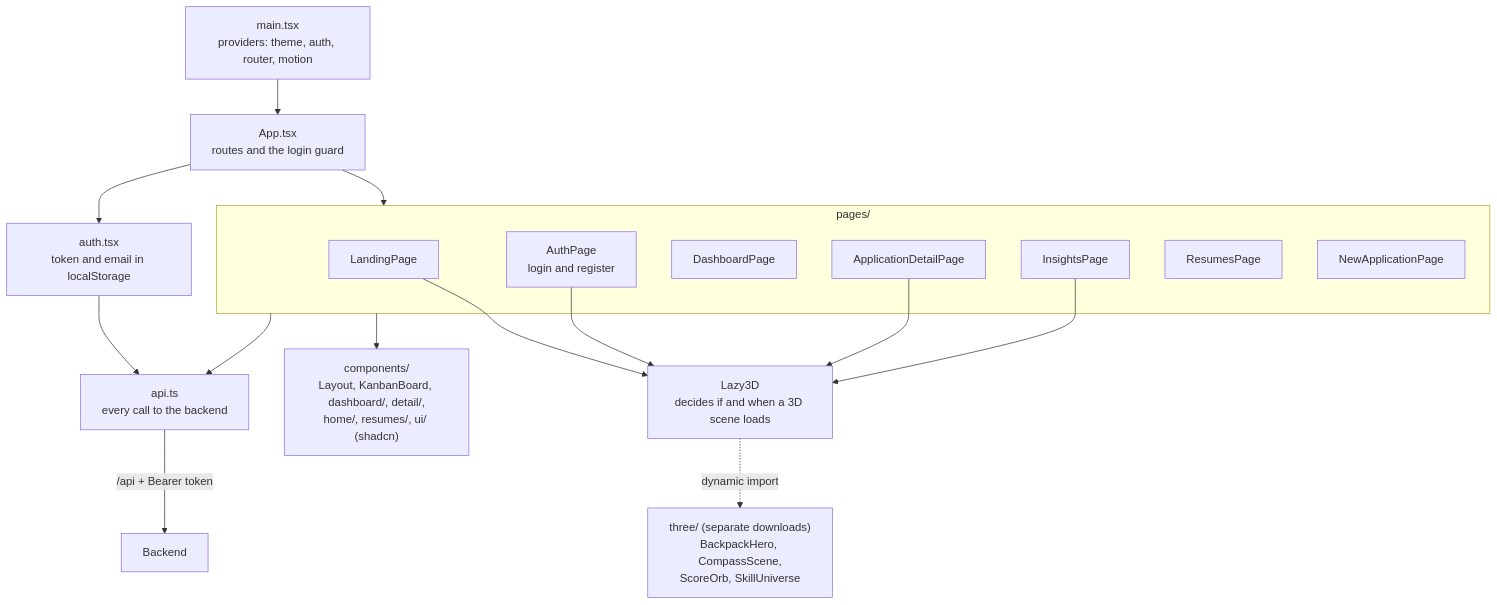
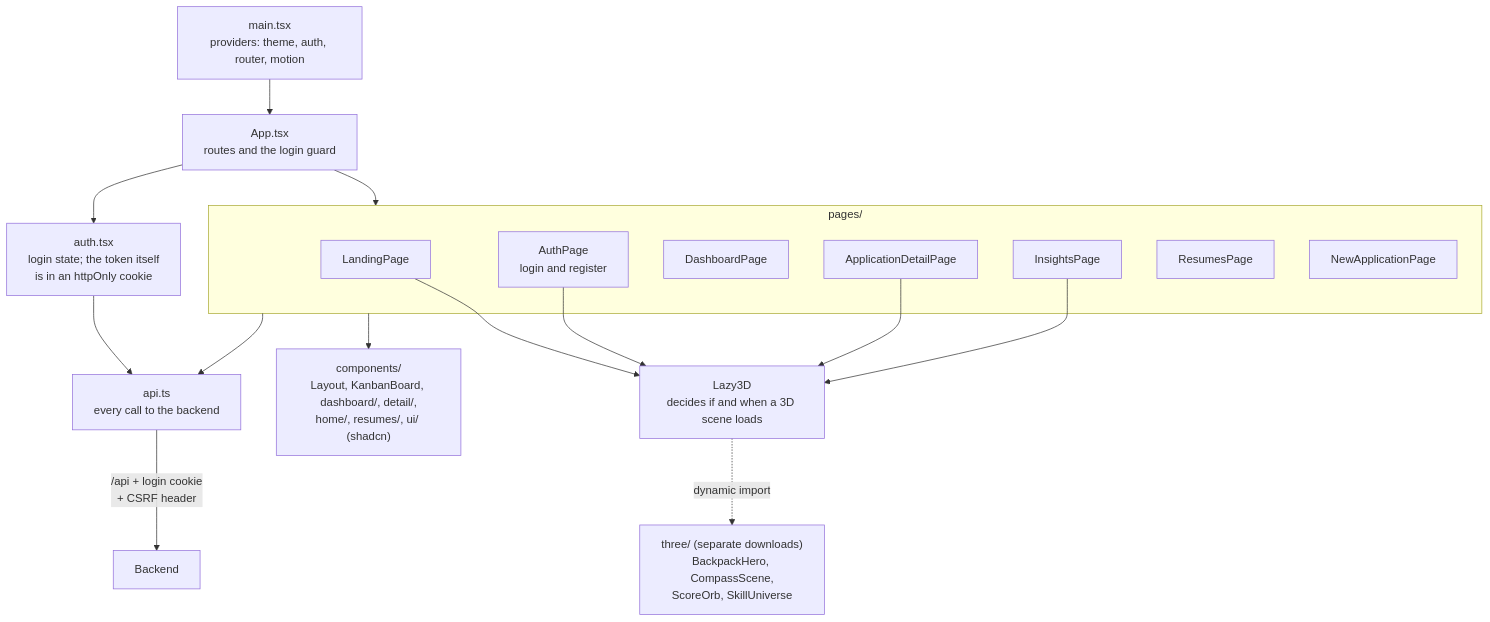
Before and after one commit to Jatin1Mathur/job-application-assistant: the ninth of 9 diagrams in docs/ARCHITECTURE.md, drawn with Mermaid. The commit also changed other lines of this file and 41 other files, not shown here.

````diff
--- a/docs/ARCHITECTURE.md
+++ b/docs/ARCHITECTURE.md
@@ -439,34 +458,34 @@
 ```mermaid
 flowchart TB
     Main["main.tsx<br/>providers: theme, auth, router, motion"]
     App["App.tsx<br/>routes and the login guard"]
 
     subgraph Pages["pages/"]
         Landing["LandingPage"]
         Auth["AuthPage<br/>login and register"]
         Dashboard["DashboardPage"]
         Detail["ApplicationDetailPage"]
         Insights["InsightsPage"]
         Resumes["ResumesPage"]
         New["NewApplicationPage"]
     end
 
     Api["api.ts<br/>every call to the backend"]
-    AuthCtx["auth.tsx<br/>token and email in localStorage"]
+    AuthCtx["auth.tsx<br/>login state; the token itself<br/>is in an httpOnly cookie"]
     Components["components/<br/>Layout, KanbanBoard, dashboard/, detail/,<br/>home/, resumes/, ui/ (shadcn)"]
     Lazy["Lazy3D<br/>decides if and when a 3D scene loads"]
     Three["three/ (separate downloads)<br/>BackpackHero, CompassScene,<br/>ScoreOrb, SkillUniverse"]
 
     Main --> App
     App --> Pages
     Pages --> Components
     Pages --> Api
     App --> AuthCtx
     AuthCtx --> Api
     Landing --> Lazy
     Auth --> Lazy
     Detail --> Lazy
     Insights --> Lazy
     Lazy -.->|"dynamic import"| Three
-    Api -->|"/api + Bearer token"| Backend["Backend"]
+    Api -->|"/api + login cookie<br/>+ CSRF header"| Backend["Backend"]
 ```
````
